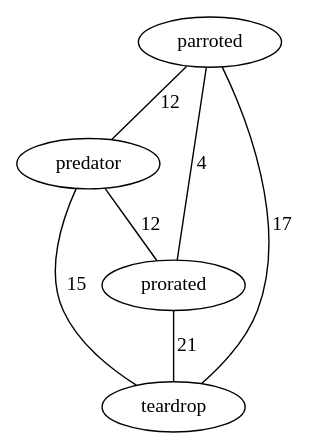
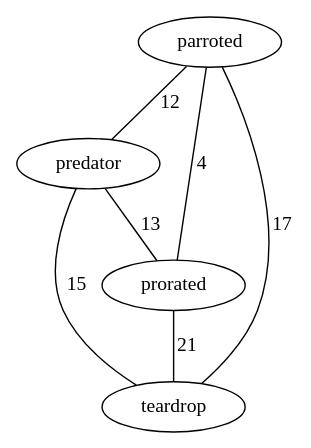
One commit to increpare/Galaktisches_Etymologieforschungsinstitut changed the diagram in output/dot/EN_parroted.dot. Above: the diagram before and after it, drawn with Graphviz. The commit also changed 47 other files, not shown here.

```diff
--- a/output/dot/EN_parroted.dot
+++ b/output/dot/EN_parroted.dot
@@ -1,8 +1,8 @@
 graph {
 	parroted -- predator [ label="12" ];
 	parroted -- prorated [ label="4" ];
 	parroted -- teardrop [ label="17" ];
-	predator -- prorated [ label="12" ];
+	predator -- prorated [ label="13" ];
 	predator -- teardrop [ label="15" ];
 	prorated -- teardrop [ label="21" ];
 }
```
